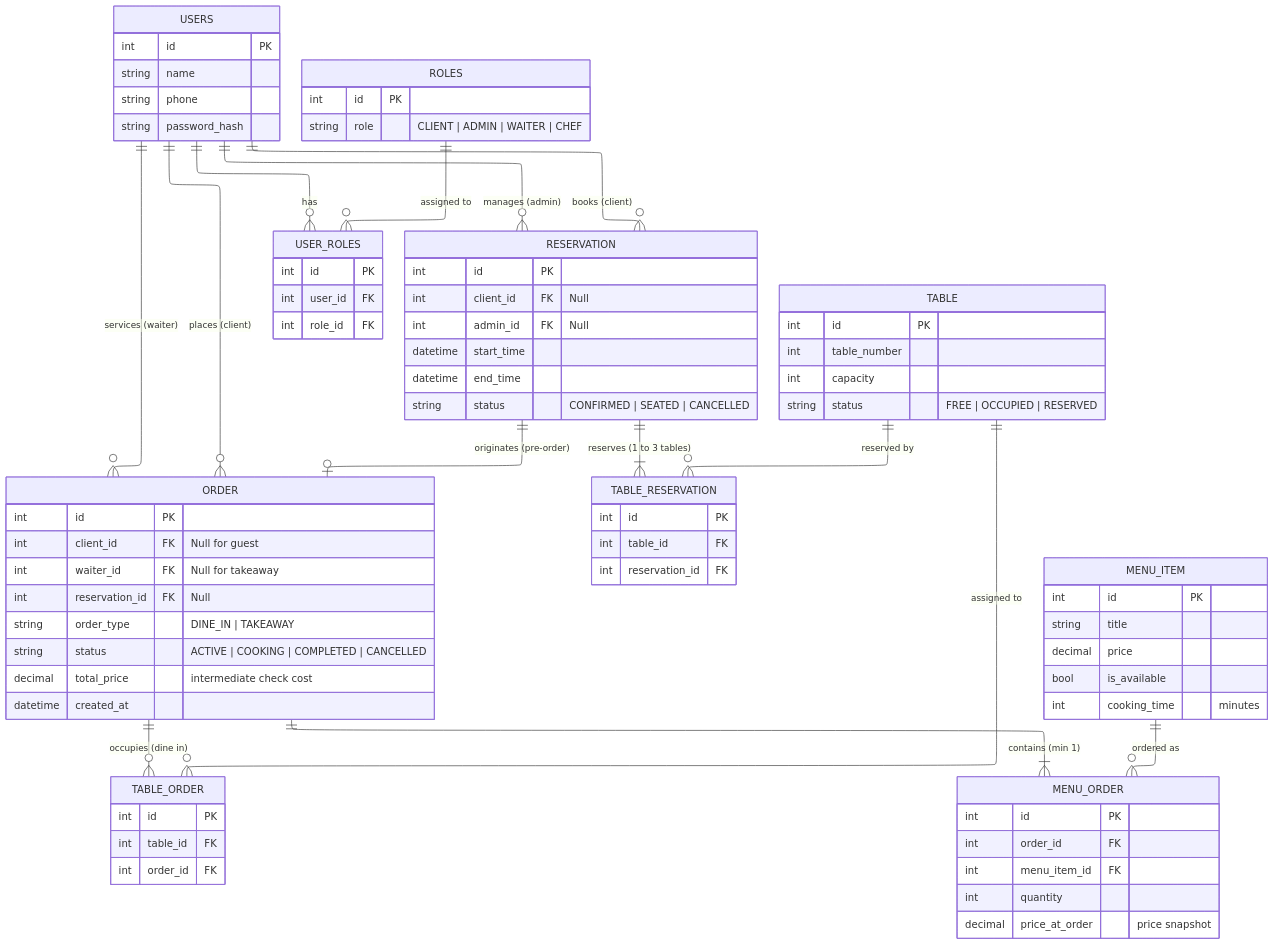
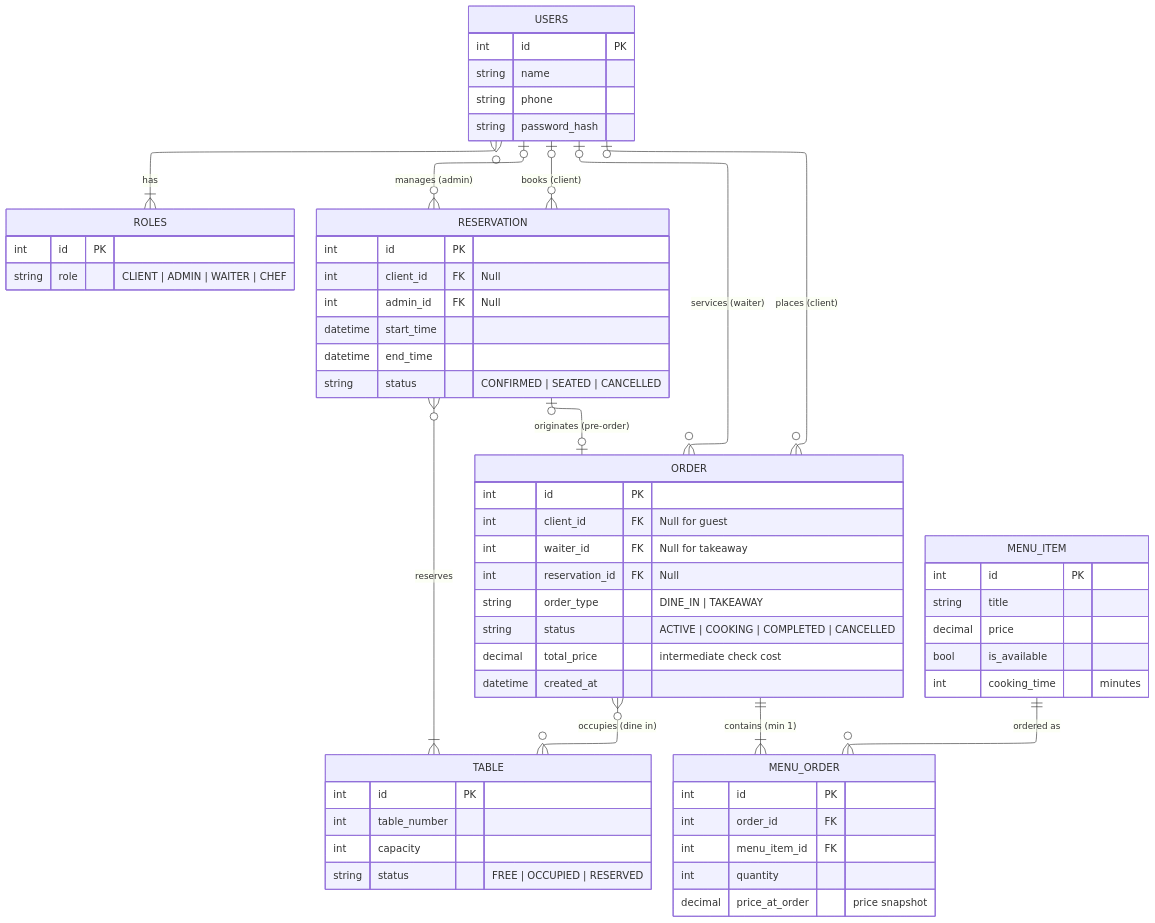
One commit to cyjiky/TableFlow changed the diagram in Labs/Lab1/models/base_model.mmd. Above: the diagram before and after it, drawn with Mermaid. The commit also changed 6 other files, not shown here.

```diff
--- a/Labs/Lab1/models/base_model.mmd
+++ b/Labs/Lab1/models/base_model.mmd
@@ -1,95 +1,74 @@
 ---
 config:
     layout: elk
 ---
 erDiagram
-    USERS ||--o{ USER_ROLES : "has"
-    ROLES ||--o{ USER_ROLES : "assigned to"
+    USERS }o--|{ ROLES : "has"
 
-    USERS ||--o{ RESERVATION : "books (client)"
-    USERS ||--o{ RESERVATION : "manages (admin)"
-    USERS ||--o{ ORDER : "places (client)"
-    USERS ||--o{ ORDER : "services (waiter)"
+    USERS |o--o{ RESERVATION : "books (client)"
+    USERS |o--o{ RESERVATION : "manages (admin)"
+    USERS |o--o{ ORDER : "places (client)"
+    USERS |o--o{ ORDER : "services (waiter)"
 
-    RESERVATION ||--|{ TABLE_RESERVATION : "reserves (1 to 3 tables)"
-    TABLE ||--o{ TABLE_RESERVATION : "reserved by"
-    RESERVATION ||--o| ORDER : "originates (pre-order)"
+    RESERVATION }o--|{ TABLE : "reserves"
+    RESERVATION |o--o| ORDER : "originates (pre-order)"
 
-    ORDER ||--o{ TABLE_ORDER : "occupies (dine in)"
-    TABLE ||--o{ TABLE_ORDER : "assigned to"
+    ORDER }o--o{ TABLE : "occupies (dine in)"
 
     ORDER ||--|{ MENU_ORDER : "contains (min 1)"
     MENU_ITEM ||--o{ MENU_ORDER : "ordered as"
 
     USERS {
         int id PK
         string name
         string phone
         string password_hash
     }
 
     ROLES {
         int id PK
         string role "CLIENT | ADMIN | WAITER | CHEF"
-    }
-
-    USER_ROLES {
-        int id PK
-        int user_id FK
-        int role_id FK
     }
 
     TABLE {
         int id PK
         int table_number
         int capacity
         string status "FREE | OCCUPIED | RESERVED"
     }
 
     RESERVATION {
         int id PK
         int client_id FK "Null"
         int admin_id FK "Null"
         datetime start_time
         datetime end_time
         string status "CONFIRMED | SEATED | CANCELLED"
     }
 
-    TABLE_RESERVATION {
-        int id PK
-        int table_id FK
-        int reservation_id FK
-    }
-
     ORDER {
         int id PK
         int client_id FK "Null for guest"
         int waiter_id FK "Null for takeaway"
         int reservation_id FK "Null"
         string order_type "DINE_IN | TAKEAWAY"
         string status "ACTIVE | COOKING | COMPLETED | CANCELLED"
         decimal total_price "intermediate check cost"
         datetime created_at
-    }
-
-    TABLE_ORDER {
-        int id PK
-        int table_id FK
-        int order_id FK
     }
 
     MENU_ITEM {
         int id PK
         string title
         decimal price
         bool is_available
         int cooking_time "minutes"
     }
 
     MENU_ORDER {
         int id PK
         int order_id FK
         int menu_item_id FK
         int quantity
         decimal price_at_order "price snapshot"
     }
```
